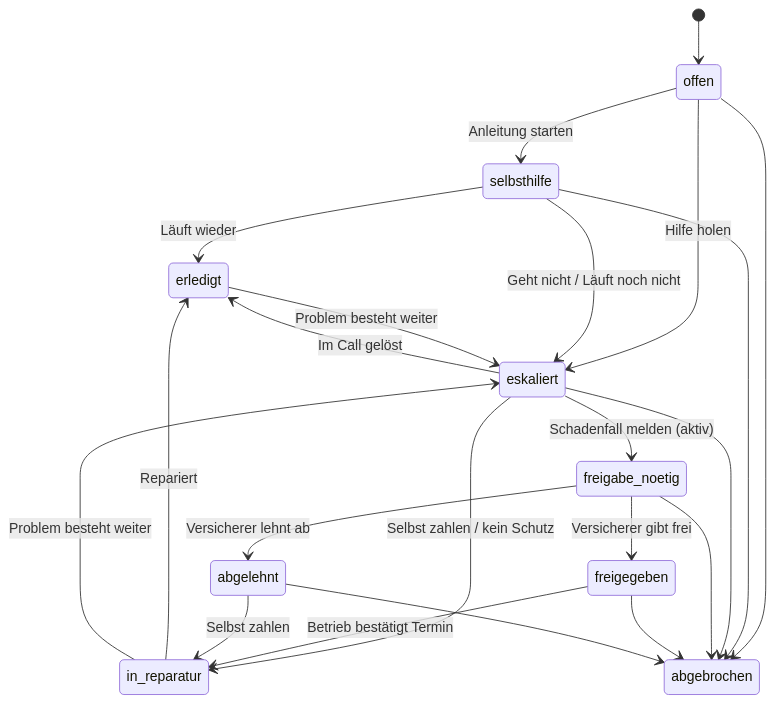
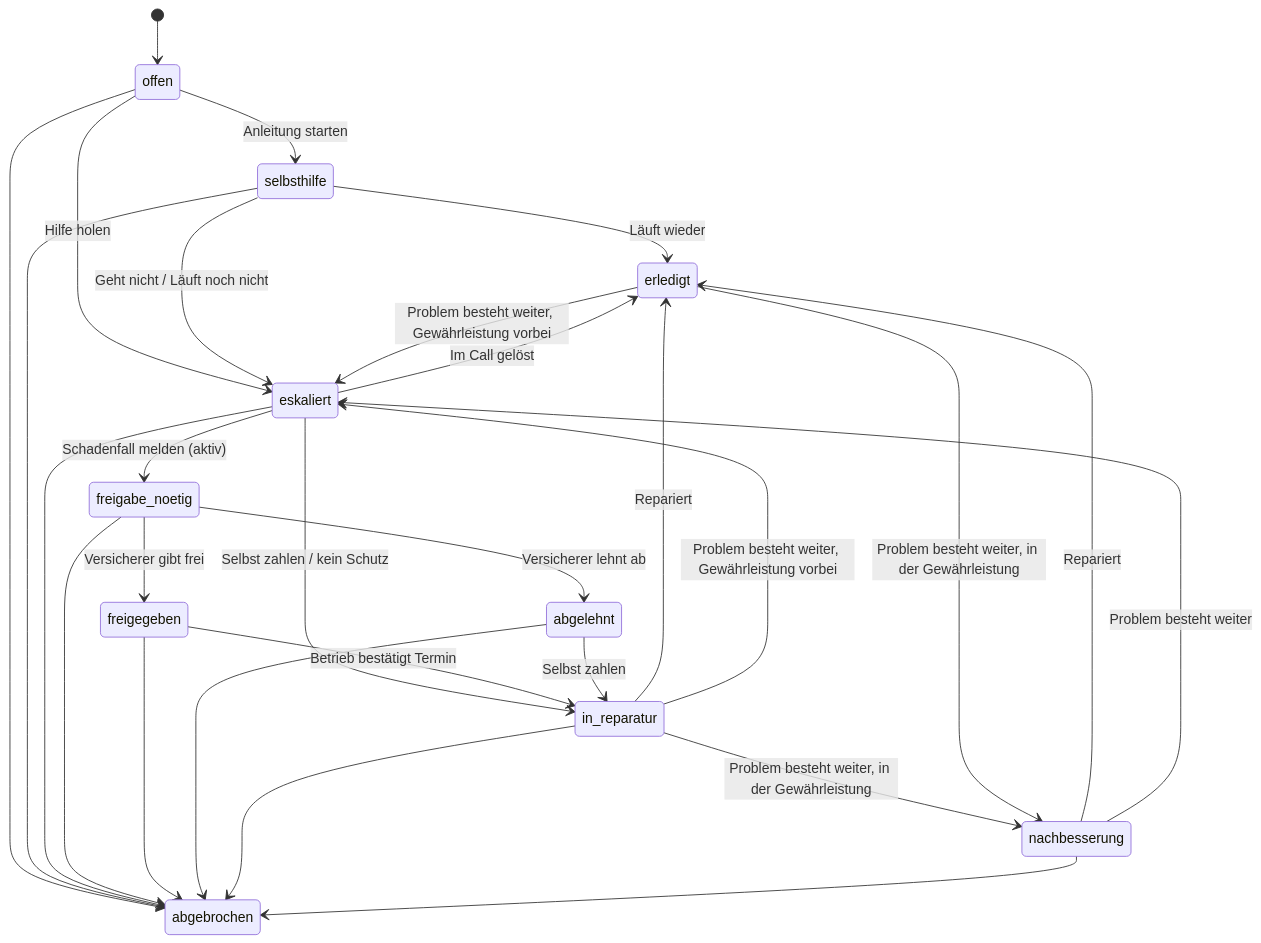
Before and after one commit to lennart-njs/ganz: the diagram in docs/BUILD_PLAN.md, drawn with Mermaid. The commit also changed other lines of this file and 4 other files, not shown here.

````diff
--- a/docs/BUILD_PLAN.md
+++ b/docs/BUILD_PLAN.md
@@ -457,24 +466,30 @@
 ```mermaid
 stateDiagram-v2
   [*] --> offen
   offen --> selbsthilfe: Anleitung starten
   offen --> eskaliert: Hilfe holen
   selbsthilfe --> erledigt: Läuft wieder
   selbsthilfe --> eskaliert: Geht nicht / Läuft noch nicht
   eskaliert --> erledigt: Im Call gelöst
   eskaliert --> freigabe_noetig: Schadenfall melden (aktiv)
   eskaliert --> in_reparatur: Selbst zahlen / kein Schutz
   freigabe_noetig --> freigegeben: Versicherer gibt frei
   freigabe_noetig --> abgelehnt: Versicherer lehnt ab
   freigegeben --> in_reparatur: Betrieb bestätigt Termin
   abgelehnt --> in_reparatur: Selbst zahlen
   in_reparatur --> erledigt: Repariert
-  in_reparatur --> eskaliert: Problem besteht weiter
-  erledigt --> eskaliert: Problem besteht weiter
+  in_reparatur --> eskaliert: Problem besteht weiter, Gewährleistung vorbei
+  in_reparatur --> nachbesserung: Problem besteht weiter, in der Gewährleistung
+  nachbesserung --> erledigt: Repariert
+  nachbesserung --> eskaliert: Problem besteht weiter
+  erledigt --> eskaliert: Problem besteht weiter, Gewährleistung vorbei
+  erledigt --> nachbesserung: Problem besteht weiter, in der Gewährleistung
   offen --> abgebrochen
   selbsthilfe --> abgebrochen
   eskaliert --> abgebrochen
   freigabe_noetig --> abgebrochen
   freigegeben --> abgebrochen
   abgelehnt --> abgebrochen
+  in_reparatur --> abgebrochen
+  nachbesserung --> abgebrochen
 ```
````
